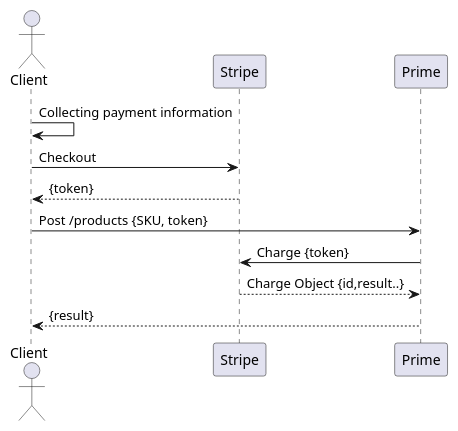
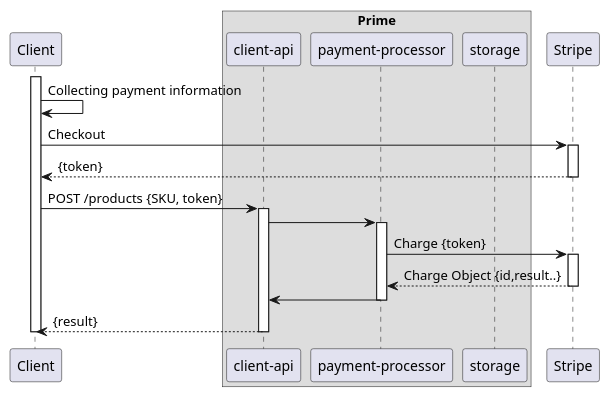
The diagram in payment-processor/doc/puml/purchase-flow.puml (ostelco/ostelco-core), drawn with PlantUML before and after one commit.

Commit message:
Updated sequence diagram for payment

```diff
--- a/payment-processor/doc/puml/purchase-flow.puml
+++ b/payment-processor/doc/puml/purchase-flow.puml
@@ -1,11 +1,31 @@
 @startuml
-actor Client
+
+participant Client
+
+box "Prime"
+    participant "client-api"
+    participant "payment-processor"
+    participant "storage"
+end box
+participant Stripe
+
+activate Client
 Client -> Client : Collecting payment information
 Client -> Stripe : Checkout
+activate Stripe
 Stripe --> Client: {token}
-Client -> Prime: Post /products {SKU, token}
-Prime -> Stripe: Charge {token}
-Stripe --> Prime: Charge Object {id,result..}
-Prime --> Client: {result}
-
+deactivate Stripe
+Client -> "client-api": POST /products {SKU, token}
+activate "client-api"
+"client-api" -> "payment-processor"
+activate "payment-processor"
+"payment-processor" -> Stripe: Charge {token}
+activate Stripe
+Stripe --> "payment-processor": Charge Object {id,result..}
+deactivate Stripe
+"payment-processor" -> "client-api"
+deactivate "payment-processor"
+"client-api" --> Client: {result}
+deactivate "client-api"
+deactivate Client
 @enduml
```
